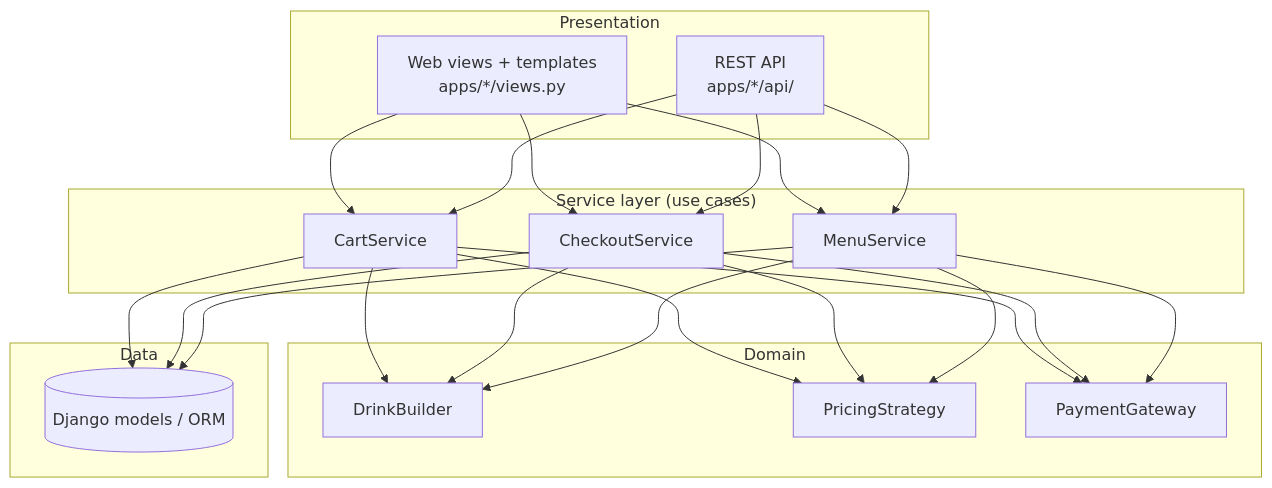
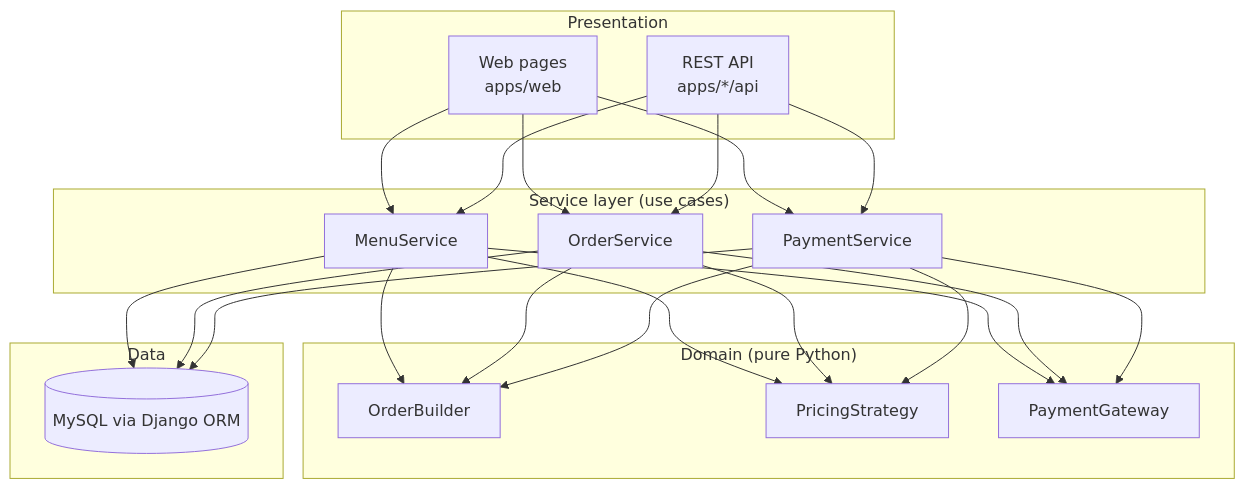
The second of 4 diagrams in docs/ARCHITECTURE.md (marwaelrayes123/morning-cafe), drawn with Mermaid before and after one commit. The commit also changed other lines of this file, not shown here.

First line of the commit message:
docs: revise design to home → menu → customize → pay → thank-you flow

````diff
--- a/docs/ARCHITECTURE.md
+++ b/docs/ARCHITECTURE.md
@@ -30,24 +61,24 @@
 ```mermaid
 flowchart TD
     subgraph Presentation
-        W[Web views + templates<br/>apps/*/views.py]
-        A[REST API<br/>apps/*/api/]
+        W[Web pages<br/>apps/web]
+        A[REST API<br/>apps/*/api]
     end
     subgraph Service["Service layer (use cases)"]
-        S1[CartService]
-        S2[CheckoutService]
-        S3[MenuService]
+        S1[MenuService]
+        S2[OrderService]
+        S3[PaymentService]
     end
-    subgraph Domain
-        B[DrinkBuilder]
+    subgraph Domain["Domain (pure Python)"]
+        B[OrderBuilder]
         P[PricingStrategy]
         G[PaymentGateway]
     end
     subgraph Data
-        M[(Django models / ORM)]
+        M[(MySQL via Django ORM)]
     end
     W --> S1 & S2 & S3
     A --> S1 & S2 & S3
     S1 & S2 & S3 --> B & P & G
     S1 & S2 & S3 --> M
 ```
````
